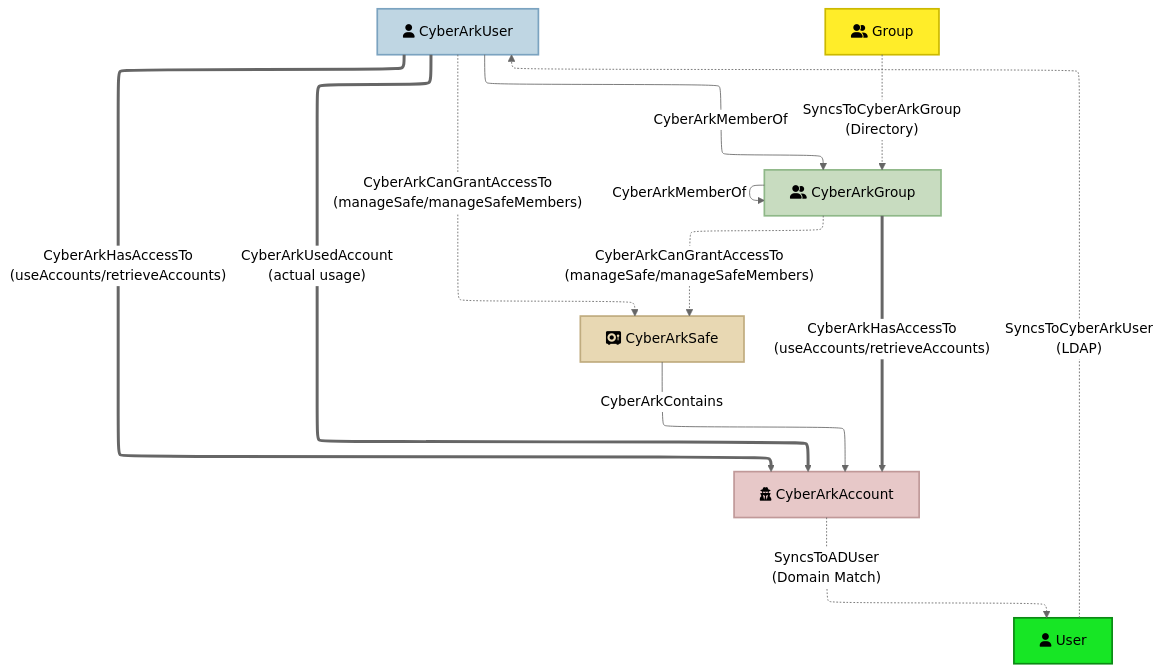
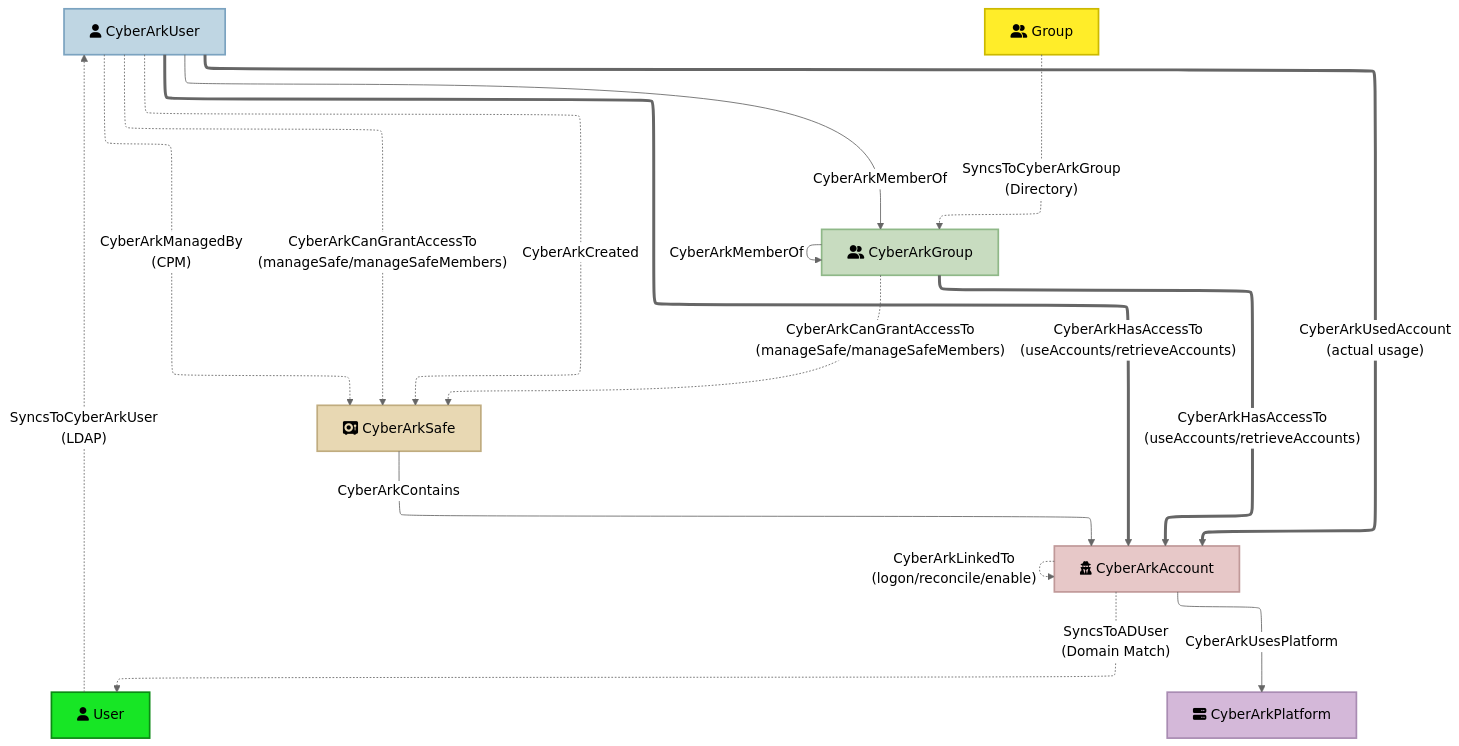
Before and after one commit to jazofra/CyberArkHound: the diagram in README.md, drawn with Mermaid (neutral theme). The commit also changed other lines of this file, not shown here.

````diff
--- a/README.md
+++ b/README.md
@@ -444,24 +564,29 @@
 ```mermaid
 ---
 config:
  layout: elk
 ---
 flowchart TD
  User["fa:fa-user User"] -. SyncsToCyberArkUser<br>(LDAP) .-> CyberArkUser["fa:fa-user CyberArkUser"]
  Group["fa:fa-user-group Group"] -. SyncsToCyberArkGroup<br>(Directory) .-> CyberArkGroup["fa:fa-user-group CyberArkGroup"]
  CyberArkAccount["fa:fa-user-secret CyberArkAccount"] -. SyncsToADUser<br>(Domain Match) .-> User
  CyberArkUser -- CyberArkMemberOf --> CyberArkGroup
  CyberArkGroup -- CyberArkMemberOf --> CyberArkGroup
  CyberArkUser == CyberArkHasAccessTo<br>(useAccounts/retrieveAccounts) ==> CyberArkAccount
  CyberArkGroup == CyberArkHasAccessTo<br>(useAccounts/retrieveAccounts) ==> CyberArkAccount
  CyberArkUser == CyberArkUsedAccount<br>(actual usage) ==> CyberArkAccount
  CyberArkUser -. CyberArkCanGrantAccessTo<br>(manageSafe/manageSafeMembers) .-> CyberArkSafe["fa:fa-vault CyberArkSafe"]
  CyberArkGroup -. CyberArkCanGrantAccessTo<br>(manageSafe/manageSafeMembers) .-> CyberArkSafe
  CyberArkSafe -- CyberArkContains --> CyberArkAccount
+ CyberArkUser -. CyberArkCreated .-> CyberArkSafe
+ CyberArkUser -. CyberArkManagedBy<br>(CPM) .-> CyberArkSafe
+ CyberArkAccount -. CyberArkLinkedTo<br>(logon/reconcile/enable) .-> CyberArkAccount
+ CyberArkAccount -- CyberArkUsesPlatform --> CyberArkPlatform["fa:fa-server CyberArkPlatform"]
  style User fill:#17E625,stroke:#0B8A14,stroke-width:2px
  style CyberArkUser fill:#BFD6E3,stroke:#7BA3C0,stroke-width:2px
  style Group fill:#FFED29,stroke:#CCB900,stroke-width:2px
  style CyberArkGroup fill:#C8DCC0,stroke:#8FB888,stroke-width:2px
  style CyberArkAccount fill:#E7C8C8,stroke:#C09999,stroke-width:2px
  style CyberArkSafe fill:#E8D8B3,stroke:#C0AC7F,stroke-width:2px
+ style CyberArkPlatform fill:#D4B8D9,stroke:#A98CB3,stroke-width:2px
 ```
````
